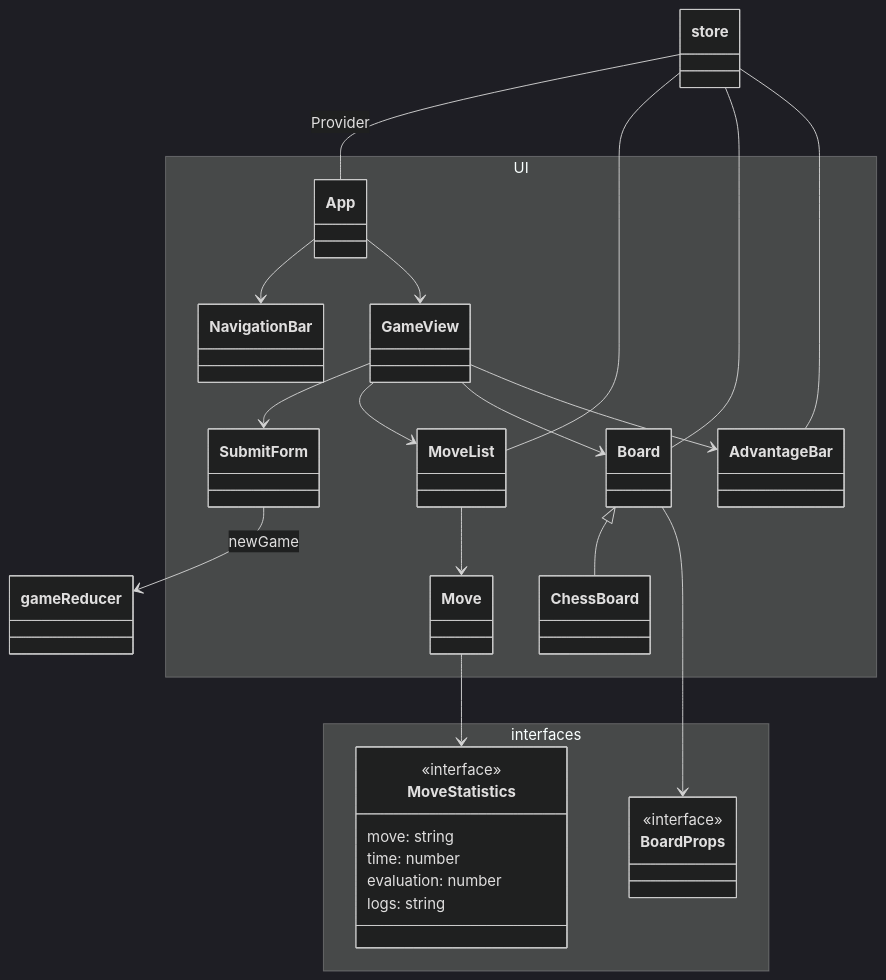
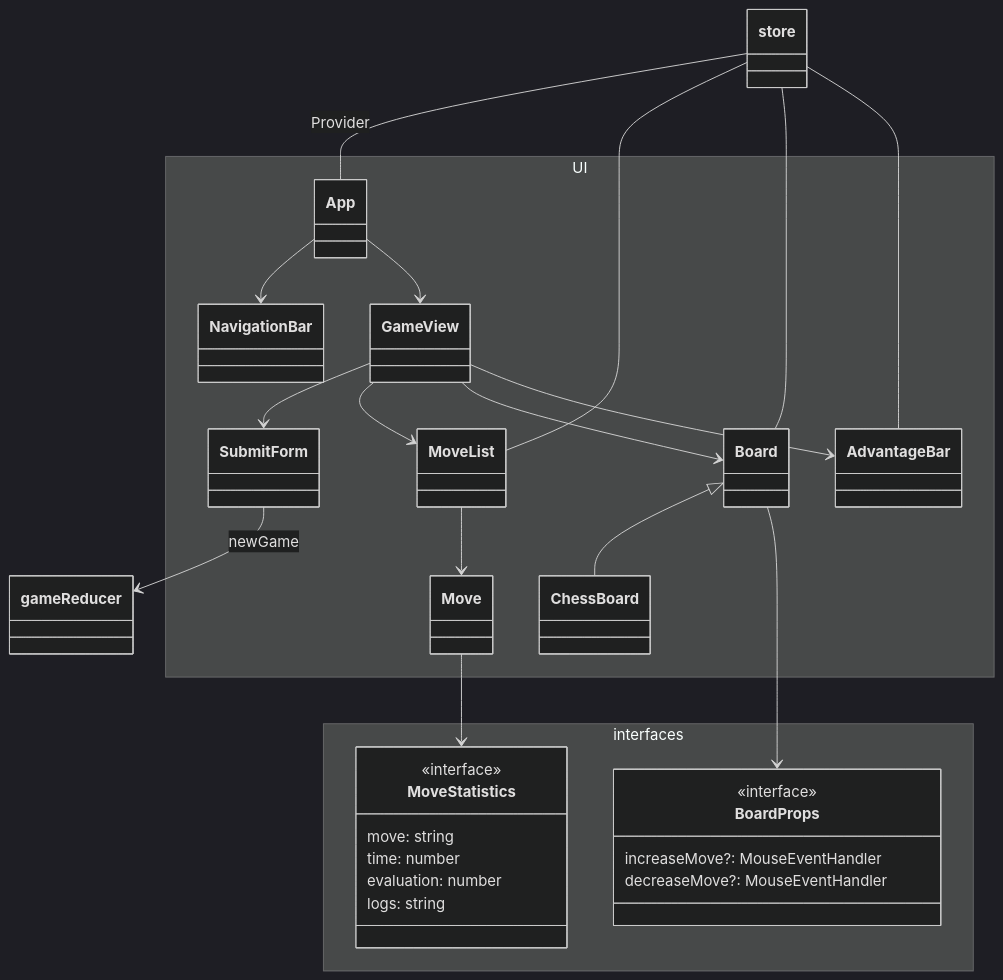
Before and after one commit to game-ai-platform-team/tira-ai-platform: the fourth of 5 diagrams in docs/architecture.md, drawn with Mermaid (dark theme).

Commit message:
docs: Update frontend architecture

````diff
--- a/docs/architecture.md
+++ b/docs/architecture.md
@@ -175,50 +175,52 @@
 ```mermaid
 classDiagram
 store -- App: Provider
 
 App --> NavigationBar
 App --> GameView
 
 GameView --> SubmitForm
 GameView --> MoveList
 GameView --> Board
 GameView --> AdvantageBar
 
 Board <|-- ChessBoard
 Board --> BoardProps
 
 MoveList --> Move
 Move --> MoveStatistics
 
 SubmitForm --> gameReducer: newGame
 Board -- store
 MoveList -- store
 AdvantageBar -- store
 
 namespace interfaces {
     class MoveStatistics {
     <<interface>>
     move: string
     time: number
     evaluation: number
     logs: string
     }
 
     class BoardProps {
         <<interface>>
+        increaseMove?: MouseEventHandler
+        decreaseMove?: MouseEventHandler
     }
 }
 
 
 namespace UI {
     class App
     class NavigationBar
     class GameView
     class SubmitForm
     class AdvantageBar
     class Board
     class ChessBoard
     class Move
     class MoveList
 }
 ```
````
